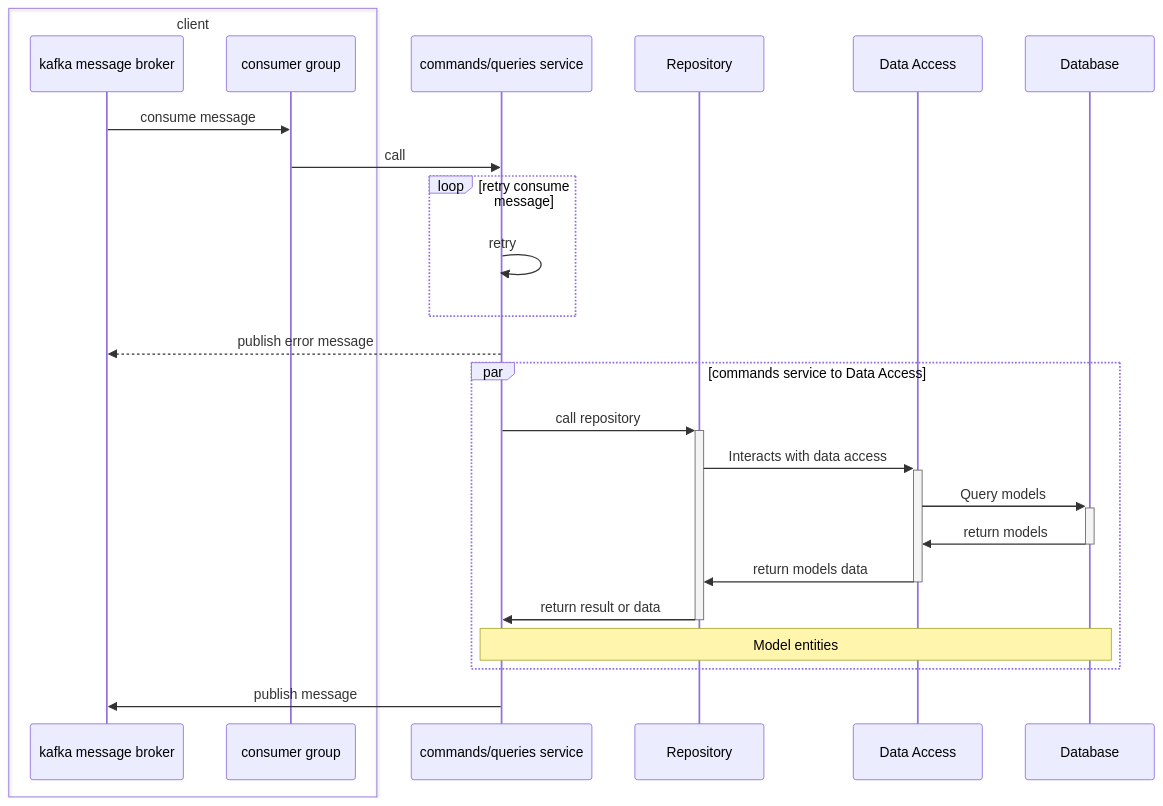
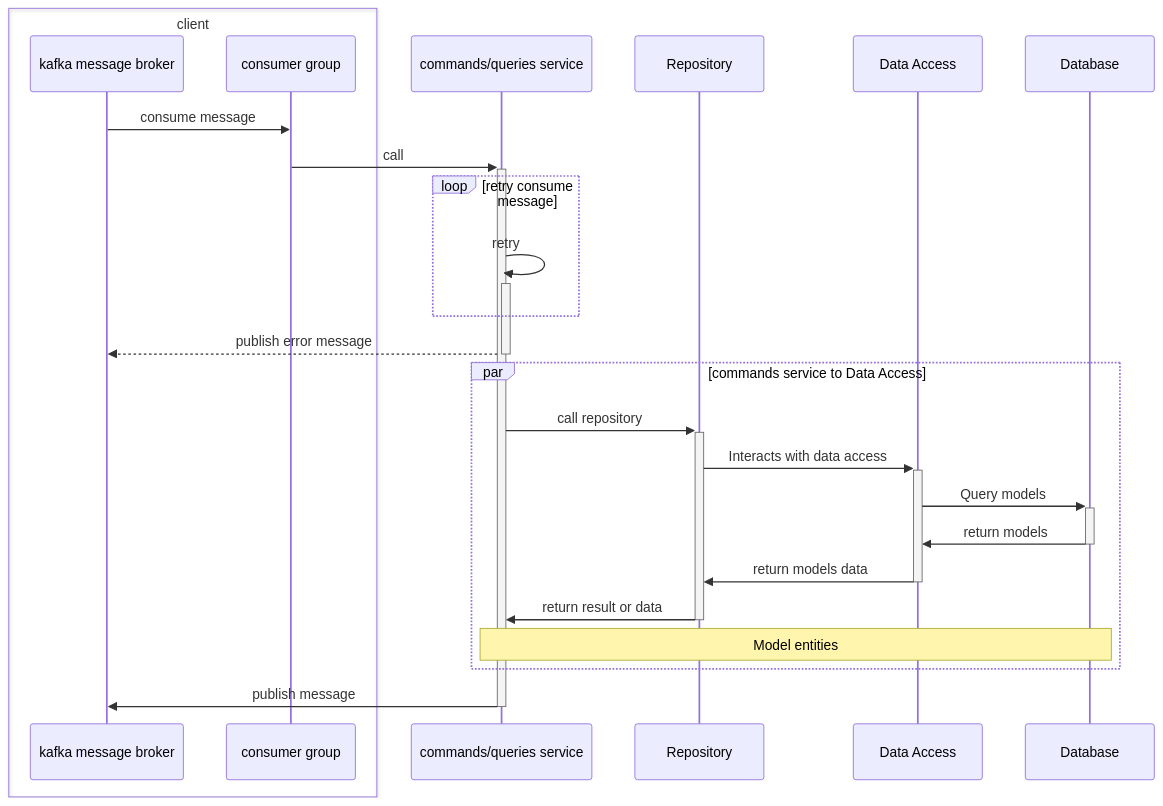
Before and after one commit to MinhWalker/DDD-Go-Microservices-CQRS: the diagram in README.md, drawn with Mermaid.

Commit message:
modify chart

````diff
--- a/README.md
+++ b/README.md
@@ -297,24 +297,24 @@
 ```mermaid
 sequenceDiagram
   box client
     participant kafka message broker
     participant consumer group
   end
   kafka message broker->>consumer group: consume message
-  consumer group->>commands/queries service: call
+  consumer group->>+commands/queries service: call
   loop retry consume message
-  commands/queries service->>commands/queries service: retry
+  commands/queries service->>+commands/queries service: retry
   end
-  commands/queries service-->>kafka message broker: publish error message
+  commands/queries service-->>-kafka message broker: publish error message
   par commands service to Data Access
     commands/queries service->>+Repository: call repository
     Repository ->>+ Data Access: Interacts with data access
     Data Access ->>+ Database: Query models
     Database ->>- Data Access: return models
     Data Access ->>- Repository: return models data
     Repository ->>- commands/queries service: return result or data
     Note over commands/queries service,Database: Model entities
     end
-  commands/queries service->>kafka message broker: publish message
+  commands/queries service->>-kafka message broker: publish message
 
 ```
````
